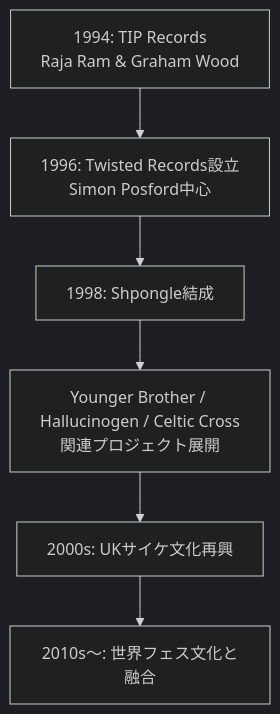
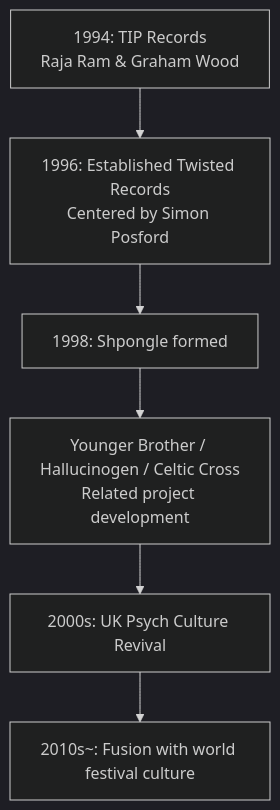
The first of 4 diagrams in en/_posts/2025-10-05-Column-Shpongle.md (monumental-movement/monumental-movement.github.io), drawn with Mermaid (dark theme) before and after one commit. The commit also changed other lines of this file and 152 other files, not shown here.

```diff
--- a/en/_posts/2025-10-05-Column-Shpongle.md
+++ b/en/_posts/2025-10-05-Column-Shpongle.md
@@ -63,10 +63,10 @@
 <div class="mermaid">
 
 flowchart TD
-  A["1994: TIP Records<br>Raja Ram & Graham Wood"] --> B["1996: Twisted Records設立<br>Simon Posford中心"]
-  B --> C["1998: Shpongle結成"]
-  C --> D["Younger Brother / Hallucinogen / Celtic Cross<br>関連プロジェクト展開"]
-  D --> E["2000s: UKサイケ文化再興"]
-  E --> F["2010s〜: 世界フェス文化と融合"]
+  A["1994: TIP Records<br>Raja Ram & Graham Wood"] --> B["1996: Established Twisted Records<br>Centered by Simon Posford"]
+  B --> C["1998: Shpongle formed"]
+  C --> D["Younger Brother / Hallucinogen / Celtic Cross<br>Related project development"]
+  D --> E["2000s: UK Psych Culture Revival"]
+  E --> F["2010s~: Fusion with world festival culture"]
 
 </div>
```
